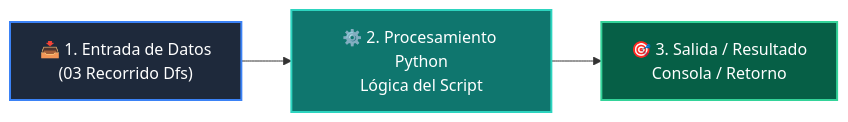
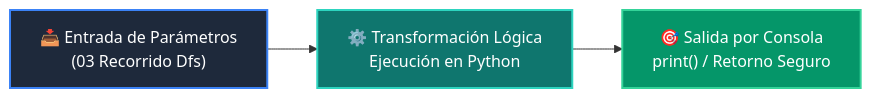
The diagram in 02-algoritmos-estructuras/clase-07-grafos-y-recorridos/ejemplos/ejemplo_03_recorrido_dfs/README.md (wisrovi/wisrovi-python), drawn with Mermaid before and after one commit. The commit also changed other lines of this file and 226 other files, not shown here.

Commit message:
docs: elevate all repository READMEs to world-class mastery standard with rich pedagogical architecture, custom Mermaids, and professional styling

````diff
--- a/02-algoritmos-estructuras/clase-07-grafos-y-recorridos/ejemplos/ejemplo_03_recorrido_dfs/README.md
+++ b/02-algoritmos-estructuras/clase-07-grafos-y-recorridos/ejemplos/ejemplo_03_recorrido_dfs/README.md
@@ -12,9 +19,9 @@
 ```mermaid
 flowchart LR
-    A["📥 1. Entrada de Datos<br/>(03 Recorrido Dfs)"] --> B["⚙️ 2. Procesamiento Python<br/>Lógica del Script"]
-    B --> C["🎯 3. Salida / Resultado<br/>Consola / Retorno"]
+    A["📥 Entrada de Parámetros<br/>(03 Recorrido Dfs)"] --> B["⚙️ Transformación Lógica<br/>Ejecución en Python"]
+    B --> C["🎯 Salida por Consola<br/>print() / Retorno Seguro"]
 
-    style A fill:#1e293b,color:#fff,stroke:#3b82f6,stroke-width:2px
-    style B fill:#0f766e,color:#fff,stroke:#2dd4bf,stroke-width:2px
-    style C fill:#065f46,color:#fff,stroke:#34d399,stroke-width:2px
+    style A fill:#1e293b,color:#ffffff,stroke:#3b82f6,stroke-width:2px
+    style B fill:#0f766e,color:#ffffff,stroke:#2dd4bf,stroke-width:2px
+    style C fill:#059669,color:#ffffff,stroke:#34d399,stroke-width:2px
 ```
````
